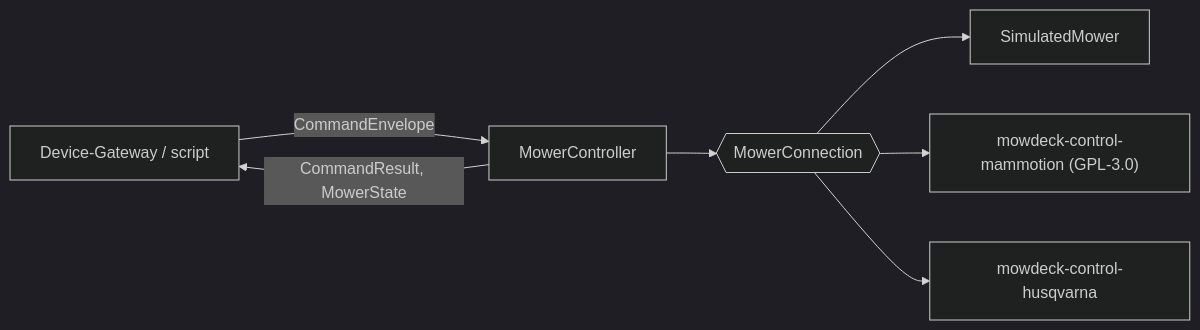
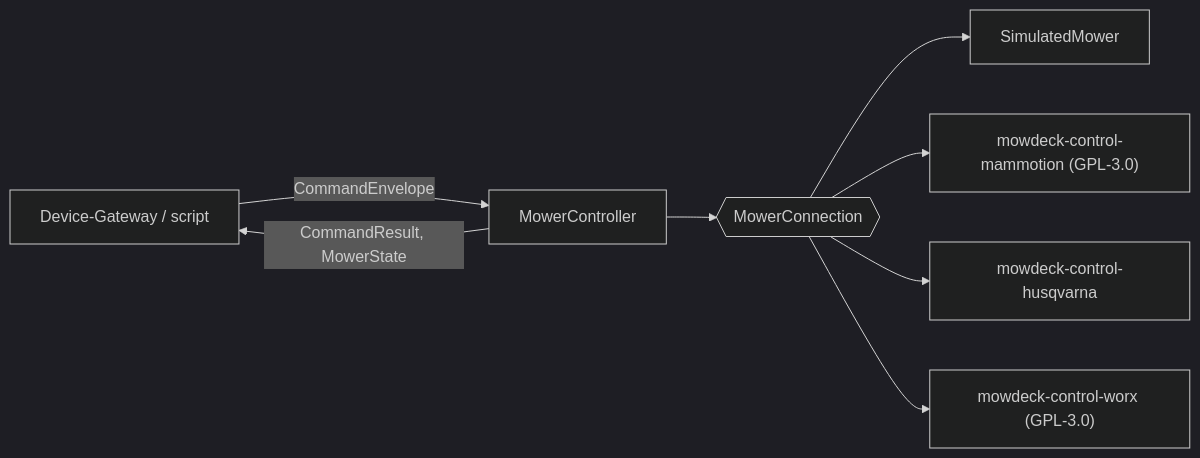
One commit to lukislp/mowdeck changed the diagram in docs/dev/libraries.md. Above: the diagram before and after it, drawn with Mermaid (dark theme). The commit also changed other lines of this file and 89 other files, not shown here.

````diff
--- a/docs/dev/libraries.md
+++ b/docs/dev/libraries.md
@@ -133,9 +134,10 @@
 ```mermaid
 flowchart LR
     gw["Device-Gateway / script"] -->|CommandEnvelope| ctl["MowerController"]
     ctl -->|CommandResult, MowerState| gw
     ctl --> conn{{"MowerConnection"}}
     conn --> sim["SimulatedMower"]
     conn --> mam["mowdeck-control-mammotion (GPL-3.0)"]
     conn --> hus["mowdeck-control-husqvarna"]
+    conn --> wx["mowdeck-control-worx (GPL-3.0)"]
 ```
````
